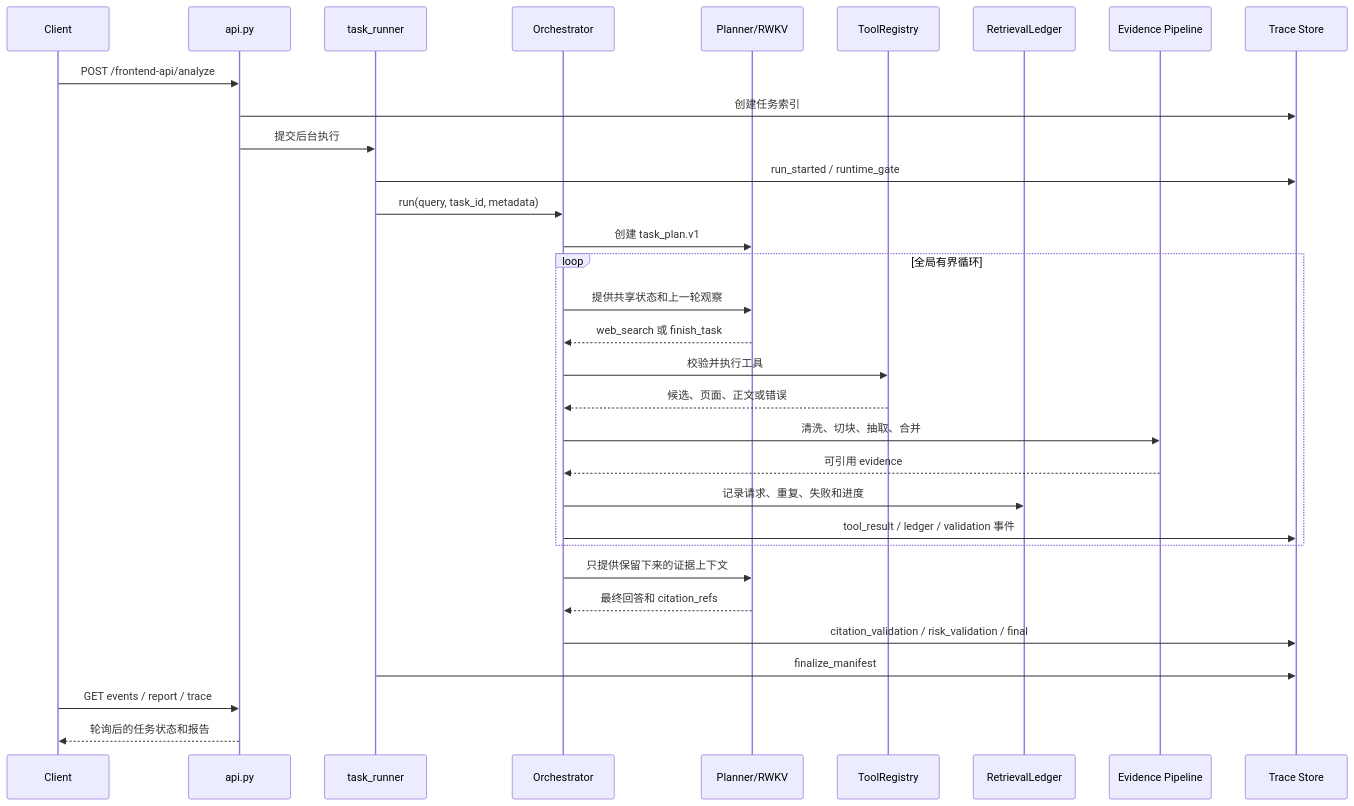
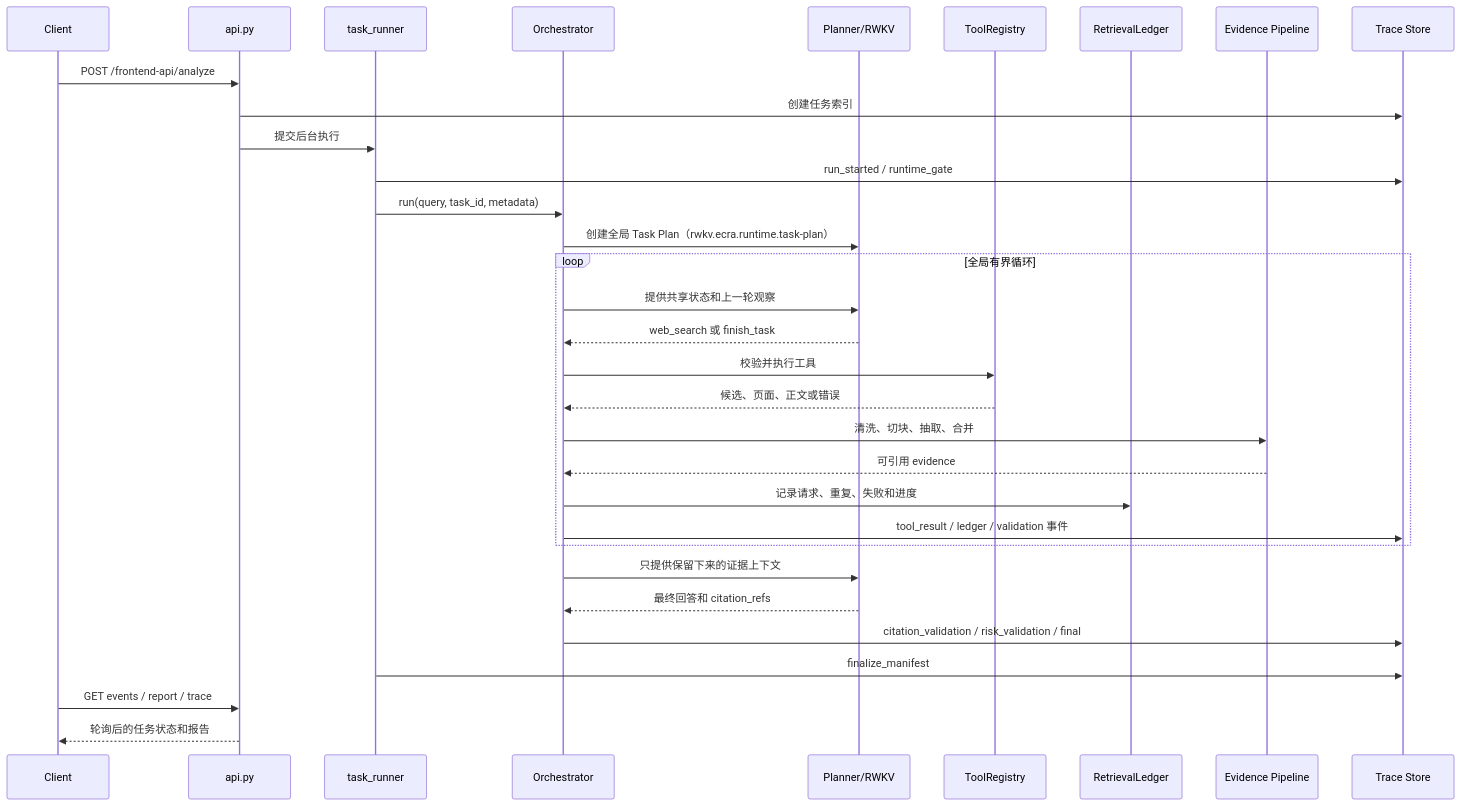
One commit to rwkv-rs/RWKV-Scout changed the second of 4 diagrams in docs/ARCHITECTURE_HANDOFF.zh-CN.md. Above: the diagram before and after it, drawn with Mermaid. The commit also changed other lines of this file and 144 other files, not shown here.

Commit message:
feat: preserve record-first RWKV retrieval architecture

````diff
--- a/docs/ARCHITECTURE_HANDOFF.zh-CN.md
+++ b/docs/ARCHITECTURE_HANDOFF.zh-CN.md
@@ -137,35 +137,35 @@
 ```mermaid
 sequenceDiagram
     participant C as Client
     participant A as api.py
     participant R as task_runner
     participant O as Orchestrator
     participant P as Planner/RWKV
     participant T as ToolRegistry
     participant L as RetrievalLedger
     participant E as Evidence Pipeline
     participant S as Trace Store
 
     C->>A: POST /frontend-api/analyze
     A->>S: 创建任务索引
     A->>R: 提交后台执行
     R->>S: run_started / runtime_gate
     R->>O: run(query, task_id, metadata)
-    O->>P: 创建 task_plan.v1
+    O->>P: 创建全局 Task Plan（rwkv.ecra.runtime.task-plan）
     loop 全局有界循环
         O->>P: 提供共享状态和上一轮观察
         P-->>O: web_search 或 finish_task
         O->>T: 校验并执行工具
         T-->>O: 候选、页面、正文或错误
         O->>E: 清洗、切块、抽取、合并
         E-->>O: 可引用 evidence
         O->>L: 记录请求、重复、失败和进度
         O->>S: tool_result / ledger / validation 事件
     end
     O->>P: 只提供保留下来的证据上下文
     P-->>O: 最终回答和 citation_refs
     O->>S: citation_validation / risk_validation / final
     R->>S: finalize_manifest
     C->>A: GET events / report / trace
     A-->>C: 轮询后的任务状态和报告
 ```
````
